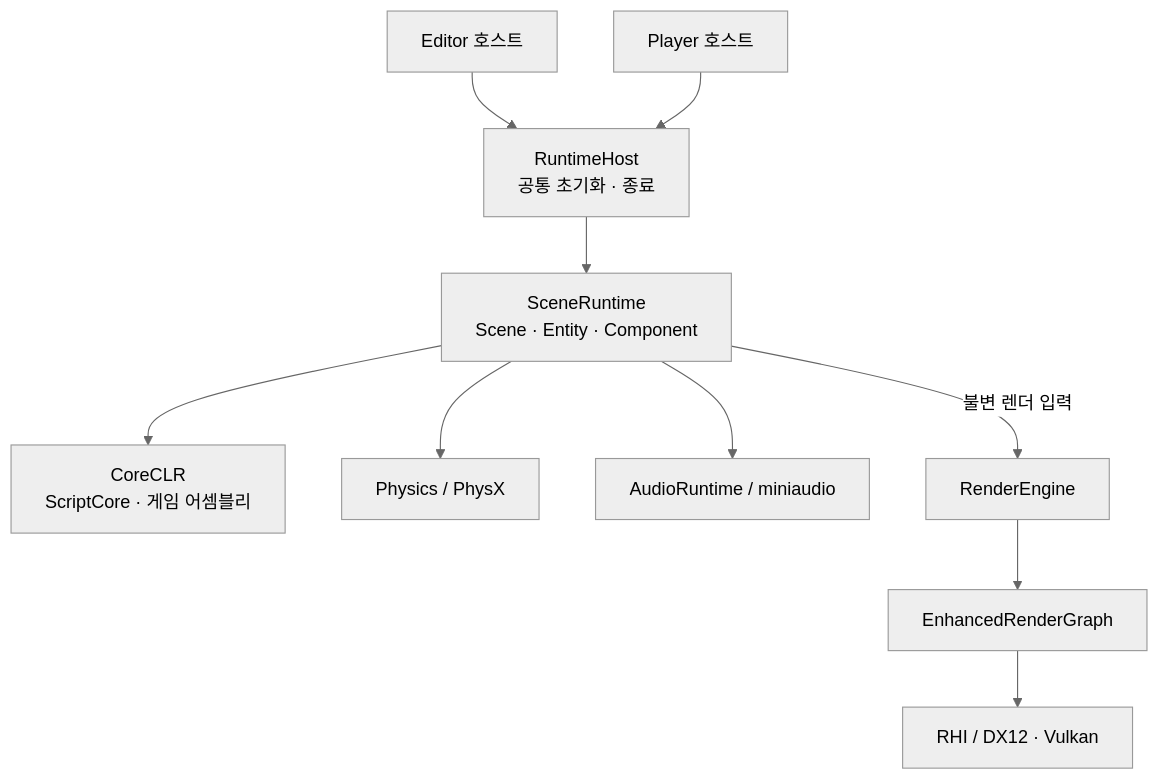
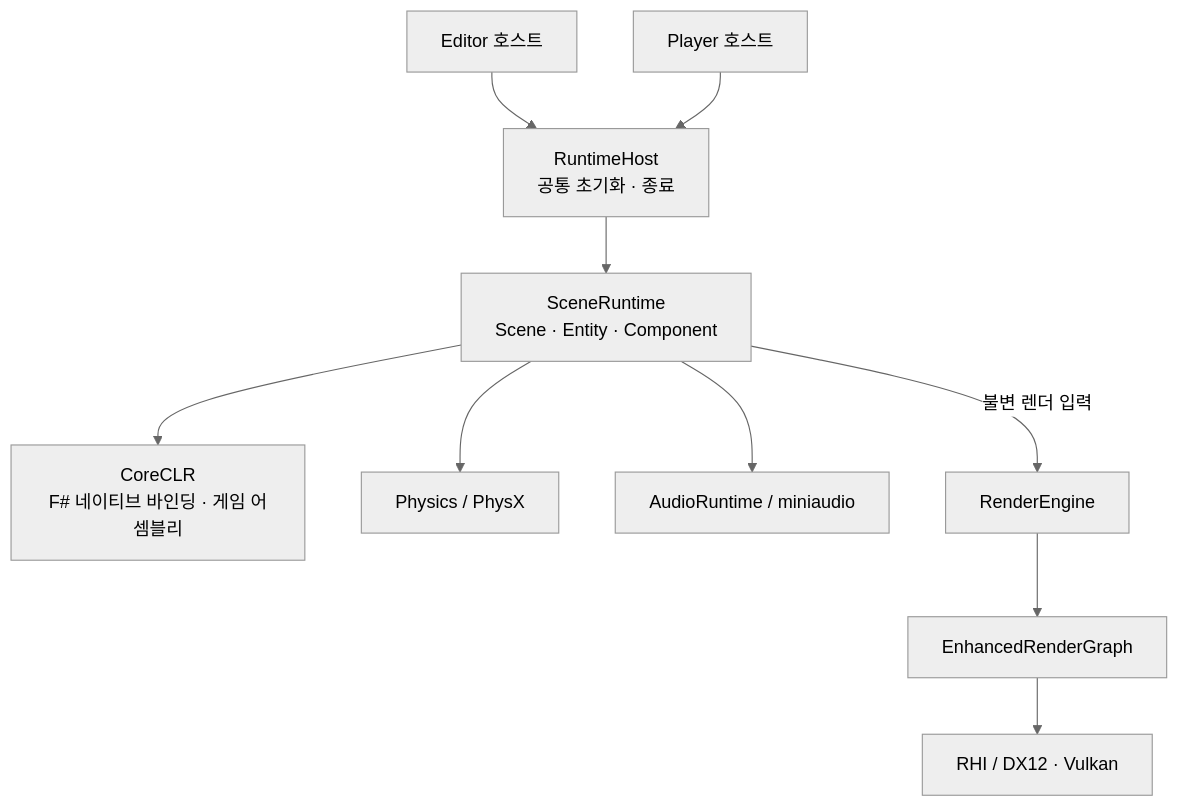
The first of 3 diagrams in docs/TechnicalGuide.md (29thnight/CreatorEngine), drawn with Mermaid (neutral theme) before and after one commit. The commit also changed other lines of this file and 1 other file, not shown here.

````diff
--- a/docs/TechnicalGuide.md
+++ b/docs/TechnicalGuide.md
@@ -85,12 +89,12 @@
 ```mermaid
 flowchart TB
     Editor["Editor 호스트"] --> Host["RuntimeHost<br/>공통 초기화 · 종료"]
     Player["Player 호스트"] --> Host
     Host --> Scene["SceneRuntime<br/>Scene · Entity · Component"]
-    Scene --> CLR["CoreCLR<br/>ScriptCore · 게임 어셈블리"]
+    Scene --> CLR["CoreCLR<br/>F# 네이티브 바인딩 · 게임 어셈블리"]
     Scene --> Physics["Physics / PhysX"]
     Scene --> Audio["AudioRuntime / miniaudio"]
     Scene -->|불변 렌더 입력| Render["RenderEngine"]
     Render --> Graph["EnhancedRenderGraph"]
     Graph --> RHI["RHI / DX12 · Vulkan"]
 ```
````
